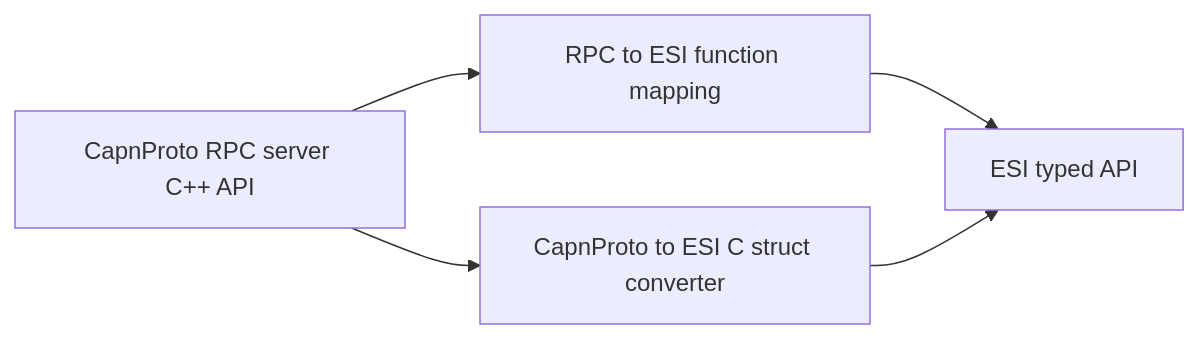
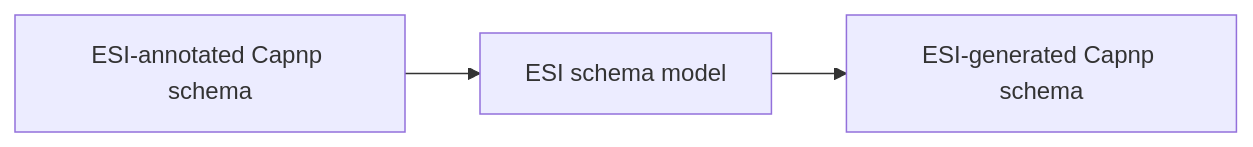
The third of 3 diagrams in docs/design/cosim.md (microsoft/Elastic-Silicon-Interconnect), drawn with Mermaid before and after one commit. The commit also changed other lines of this file, not shown here.

Commit message:
New design

````diff
--- a/docs/design/cosim.md
+++ b/docs/design/cosim.md
@@ -49,12 +49,7 @@
 ```mermaid
 graph LR;
-    RPC["CapnProto RPC server C++ API"]
-    TypeConv["CapnProto to ESI C struct converter"]
-    FuncMap["RPC to ESI function mapping"]
-    API["ESI typed API"]
-
-    RPC --> TypeConv
-    RPC --> FuncMap
-    FuncMap --> API
-    TypeConv --> API
+    EC["ESI-annotated Capnp schema"]
+    EsiConv["ESI schema model"]
+    CS["ESI-generated Capnp schema"]
+    EC --> EsiConv --> CS
 ```
````
